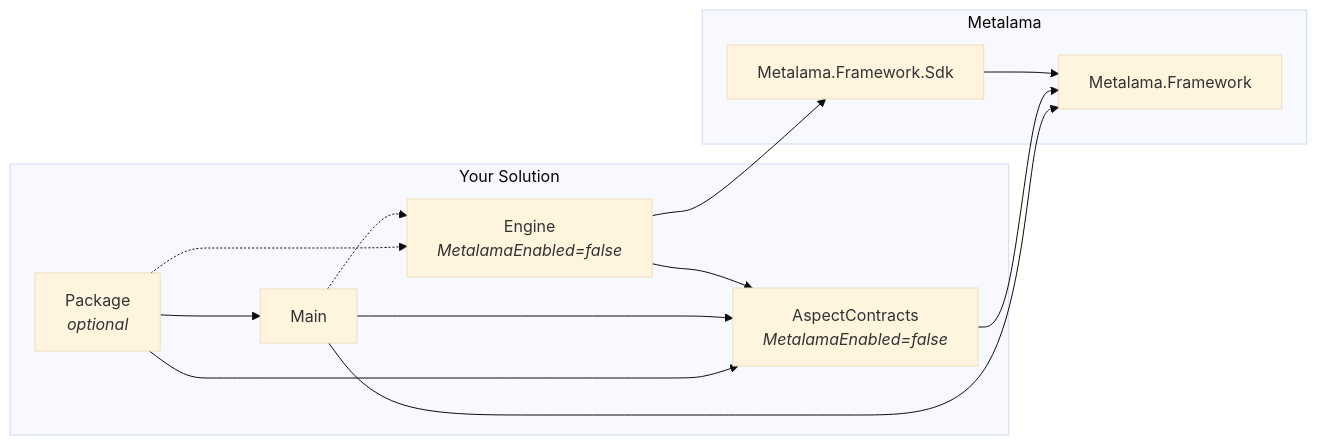
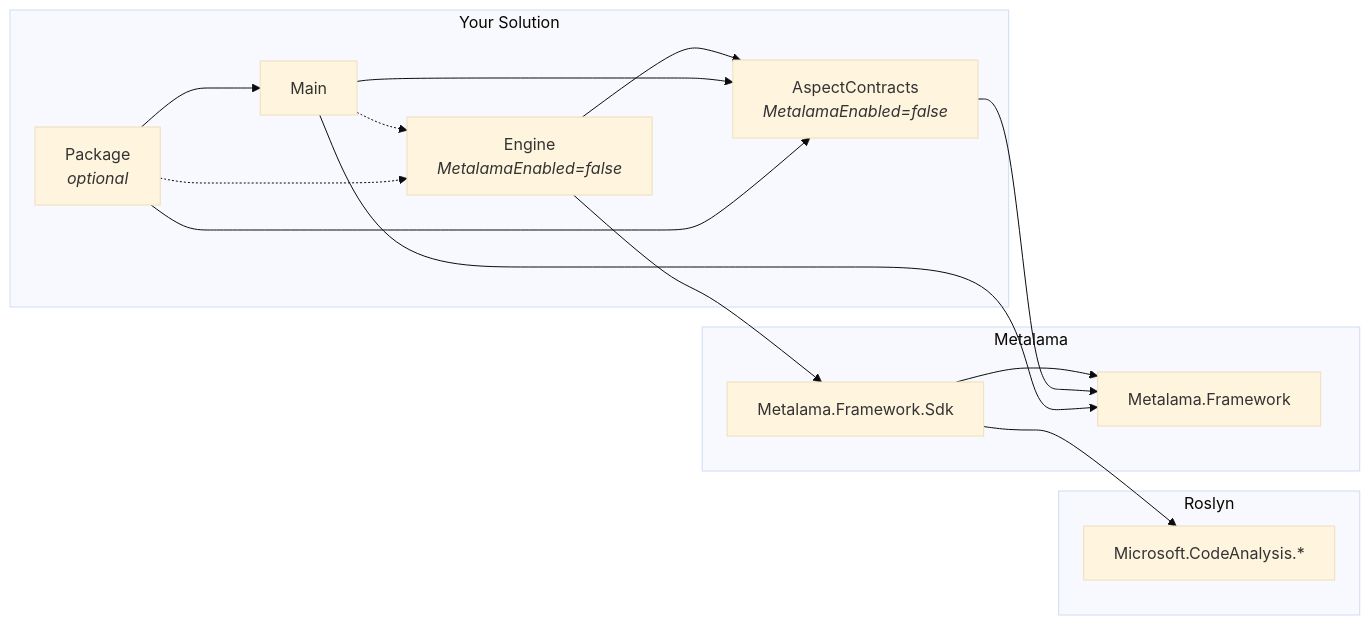
One commit to metalama/Metalama.Documentation changed the diagram in content/conceptual/sdk/sdk-extensions.md. Above: the diagram before and after it, drawn with Mermaid (base theme). The commit also changed other lines of this file and 33 other files, not shown here.

````diff
--- a/content/conceptual/sdk/sdk-extensions.md
+++ b/content/conceptual/sdk/sdk-extensions.md
@@ -22,27 +22,32 @@
 ```mermaid
 graph LR
     subgraph Metalama
         Framework[Metalama.Framework]
         Sdk[Metalama.Framework.Sdk]
     end
 
     Sdk --> Framework
 
     subgraph Your Solution
         AspectContracts[AspectContracts<br/><i>MetalamaEnabled=false</i>]
         Engine[Engine<br/><i>MetalamaEnabled=false</i>]
         Main[Main]
         Package[Package<br/><i>optional</i>]
     end
 
+    subgraph Roslyn
+        Microsoft.CodeAnalysis.*    
+    end
+
     AspectContracts --> Framework
     Engine --> Sdk
     Main --> Framework
+    Sdk --> Microsoft.CodeAnalysis.*
 
     Engine --> AspectContracts
     Main --> AspectContracts
     Main -.-> Engine
     Package -.-> Engine
     Package ---> AspectContracts
     Package ---> Main
 ```
````
